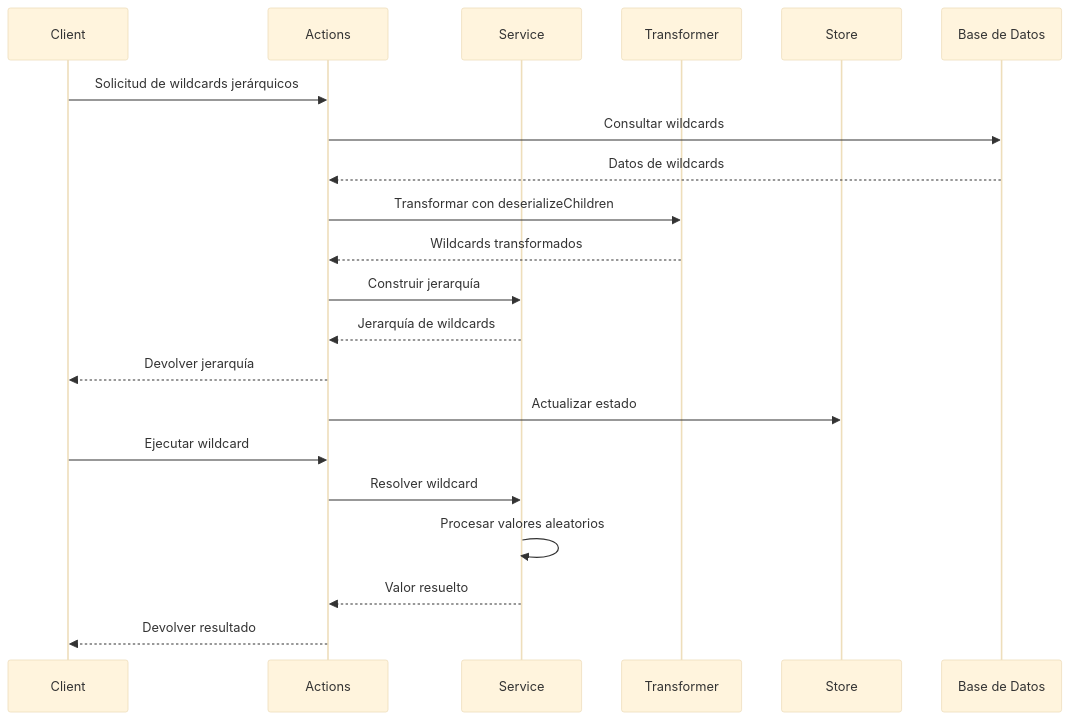
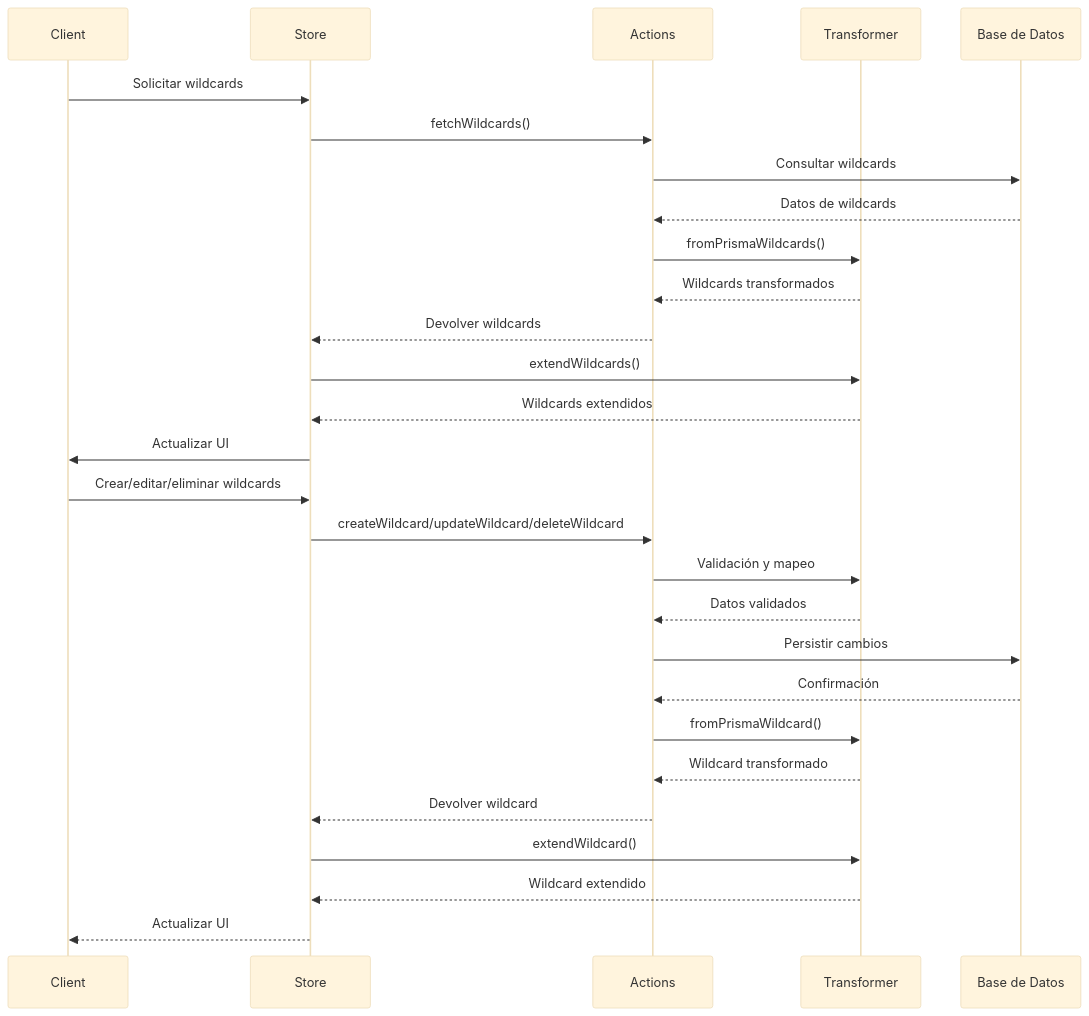
Before and after one commit to gvastethecreator/media-manager: the second of 2 diagrams in src/transformers/wildcard/documentation.md, drawn with Mermaid (base theme). The commit also changed other lines of this file and 198 other files, not shown here.

````diff
--- a/src/transformers/wildcard/documentation.md
+++ b/src/transformers/wildcard/documentation.md
@@ -52,25 +52,32 @@
 ```mermaid
 sequenceDiagram
     participant Client
+    participant Store
     participant Actions
-    participant Service
     participant Transformer
-    participant Store
     participant DB as Base de Datos
 
-    Client->>Actions: Solicitud de wildcards jerárquicos
+    Client->>Store: Solicitar wildcards
+    Store->>Actions: fetchWildcards()
     Actions->>DB: Consultar wildcards
     DB-->>Actions: Datos de wildcards
-    Actions->>Transformer: Transformar con deserializeChildren
+    Actions->>Transformer: fromPrismaWildcards()
     Transformer-->>Actions: Wildcards transformados
-    Actions->>Service: Construir jerarquía
-    Service-->>Actions: Jerarquía de wildcards
-    Actions-->>Client: Devolver jerarquía
-    Actions->>Store: Actualizar estado
+    Actions-->>Store: Devolver wildcards
+    Store->>Transformer: extendWildcards()
+    Transformer-->>Store: Wildcards extendidos
+    Store->>Client: Actualizar UI
 
-    Client->>Actions: Ejecutar wildcard
-    Actions->>Service: Resolver wildcard
-    Service->>Service: Procesar valores aleatorios
-    Service-->>Actions: Valor resuelto
-    Actions-->>Client: Devolver resultado
+    Client->>Store: Crear/editar/eliminar wildcards
+    Store->>Actions: createWildcard/updateWildcard/deleteWildcard
+    Actions->>Transformer: Validación y mapeo
+    Transformer-->>Actions: Datos validados
+    Actions->>DB: Persistir cambios
+    DB-->>Actions: Confirmación
+    Actions->>Transformer: fromPrismaWildcard()
+    Transformer-->>Actions: Wildcard transformado
+    Actions-->>Store: Devolver wildcard
+    Store->>Transformer: extendWildcard()
+    Transformer-->>Store: Wildcard extendido
+    Store-->>Client: Actualizar UI
 ```
````
